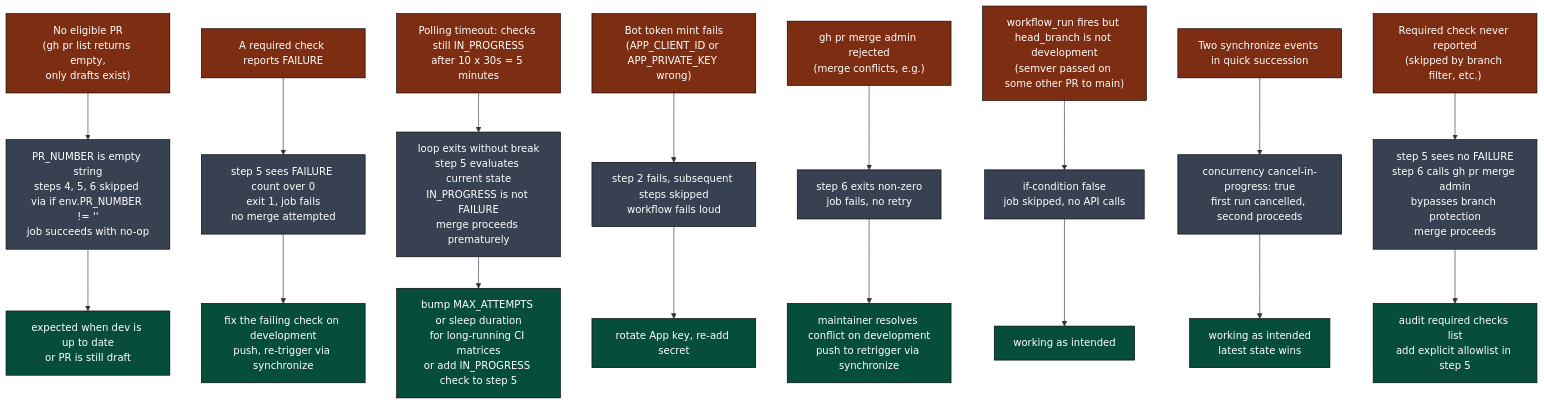
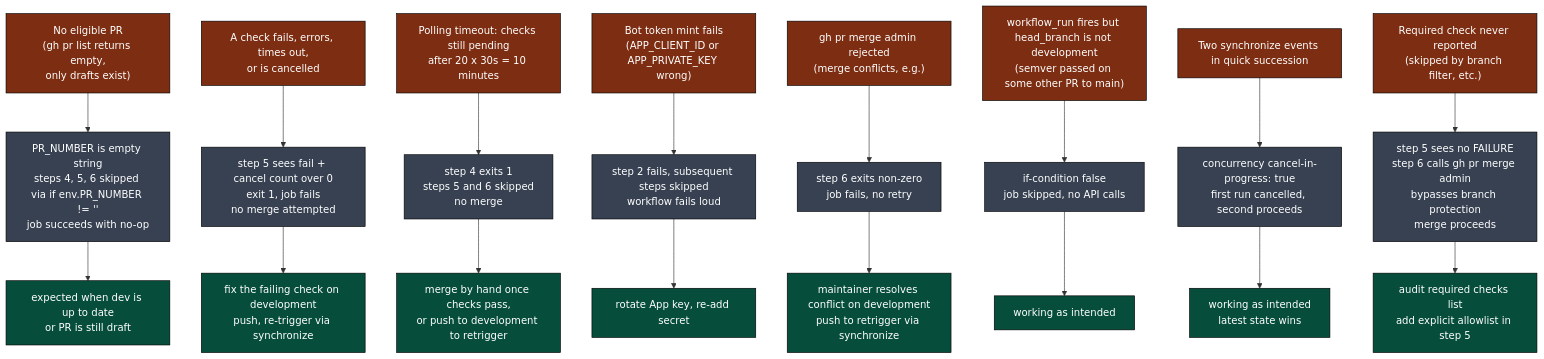
Diagram 12 of 13 in .github/docs/AUTO_MERGE_MAIN_PR_DEEP_DIVE.md (llm-exe/llm-exe), drawn with Mermaid before and after one commit. The commit also changed other lines of this file and 2 other files, not shown here.

First line of the commit message:
ci(auto-merge): wait for queued checks and fail closed on timeout

````diff
--- a/.github/docs/AUTO_MERGE_MAIN_PR_DEEP_DIVE.md
+++ b/.github/docs/AUTO_MERGE_MAIN_PR_DEEP_DIVE.md
@@ -484,45 +485,45 @@
 ```mermaid
 flowchart TB
     classDef fail fill:#7c2d12,color:#fff,stroke:#000
     classDef effect fill:#374151,color:#fff,stroke:#000
     classDef fix fill:#064e3b,color:#fff,stroke:#000
 
     F1["No eligible PR\n(gh pr list returns empty,\nonly drafts exist)"]:::fail
     F1 --> F1E["PR_NUMBER is empty string\nsteps 4, 5, 6 skipped via if env.PR_NUMBER != ''\njob succeeds with no-op"]:::effect
     F1E --> F1X["expected when dev is up to date\nor PR is still draft"]:::fix
 
-    F2["A required check reports FAILURE"]:::fail
-    F2 --> F2E["step 5 sees FAILURE count over 0\nexit 1, job fails\nno merge attempted"]:::effect
+    F2["A check fails, errors, times out,\nor is cancelled"]:::fail
+    F2 --> F2E["step 5 sees fail + cancel count over 0\nexit 1, job fails\nno merge attempted"]:::effect
     F2X["fix the failing check on development\npush, re-trigger via synchronize"]:::fix
     F2E --> F2X
 
-    F3["Polling timeout: checks still IN_PROGRESS\nafter 10 x 30s = 5 minutes"]:::fail
-    F3 --> F3E["loop exits without break\nstep 5 evaluates current state\nIN_PROGRESS is not FAILURE\nmerge proceeds prematurely"]:::effect
-    F3X["bump MAX_ATTEMPTS or sleep duration\nfor long-running CI matrices\nor add IN_PROGRESS check to step 5"]:::fix
+    F3["Polling timeout: checks still pending\nafter 20 x 30s = 10 minutes"]:::fail
+    F3 --> F3E["step 4 exits 1\nsteps 5 and 6 skipped\nno merge"]:::effect
+    F3X["merge by hand once checks pass,\nor push to development to retrigger"]:::fix
     F3E --> F3X
 
     F4["Bot token mint fails\n(APP_CLIENT_ID or APP_PRIVATE_KEY wrong)"]:::fail
     F4 --> F4E["step 2 fails, subsequent steps skipped\nworkflow fails loud"]:::effect
     F4X["rotate App key, re-add secret"]:::fix
     F4E --> F4X
 
     F5["gh pr merge admin rejected\n(merge conflicts, e.g.)"]:::fail
     F5 --> F5E["step 6 exits non-zero\njob fails, no retry"]:::effect
     F5X["maintainer resolves conflict on development\npush to retrigger via synchronize"]:::fix
     F5E --> F5X
 
     F6["workflow_run fires but head_branch is not development\n(semver passed on some other PR to main)"]:::fail
     F6 --> F6E["if-condition false\njob skipped, no API calls"]:::effect
     F6X["working as intended"]:::fix
     F6E --> F6X
 
     F7["Two synchronize events in quick succession"]:::fail
     F7 --> F7E["concurrency cancel-in-progress: true\nfirst run cancelled, second proceeds"]:::effect
     F7X["working as intended\nlatest state wins"]:::fix
     F7E --> F7X
 
     F8["Required check never reported\n(skipped by branch filter, etc.)"]:::fail
     F8 --> F8E["step 5 sees no FAILURE\nstep 6 calls gh pr merge admin\nbypasses branch protection\nmerge proceeds"]:::effect
     F8X["audit required checks list\nadd explicit allowlist in step 5"]:::fix
     F8E --> F8X
 ```
````
